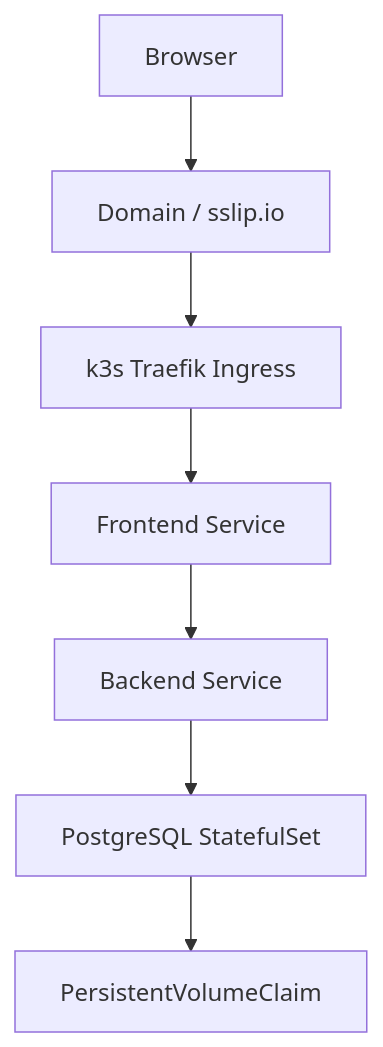
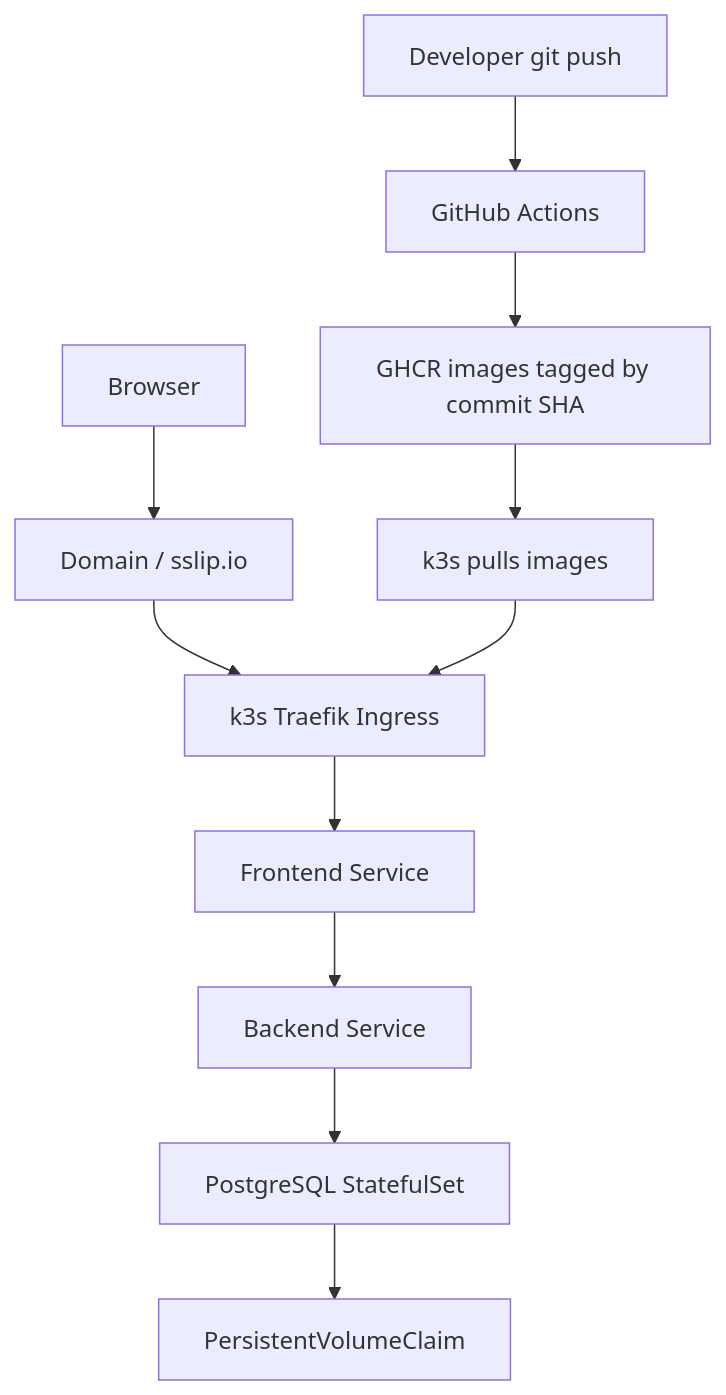
The diagram in docs/architecture.md (AdvSorcer/k3s-portfolio-demo), drawn with Mermaid before and after one commit. The commit also changed other lines of this file and 4 other files, not shown here.

````diff
--- a/docs/architecture.md
+++ b/docs/architecture.md
@@ -3,9 +3,13 @@
 ```mermaid
 flowchart TD
+  GitPush["Developer git push"] --> Actions["GitHub Actions"]
+  Actions --> GHCR["GHCR images tagged by commit SHA"]
+  GHCR --> K3s["k3s pulls images"]
   User["Browser"] --> DNS["Domain / sslip.io"]
   DNS --> Traefik["k3s Traefik Ingress"]
+  K3s --> Traefik
   Traefik --> Frontend["Frontend Service"]
   Frontend --> Backend["Backend Service"]
   Backend --> Postgres["PostgreSQL StatefulSet"]
   Postgres --> PVC["PersistentVolumeClaim"]
 ```
````
